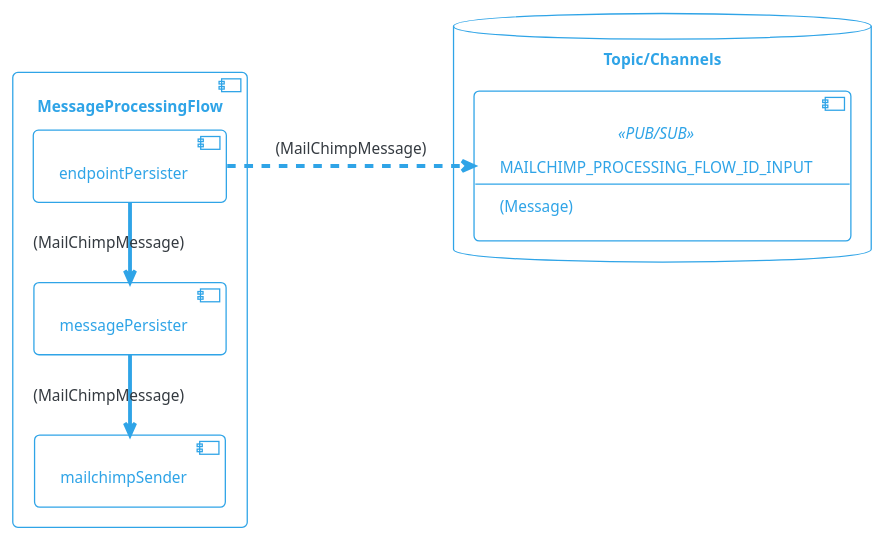
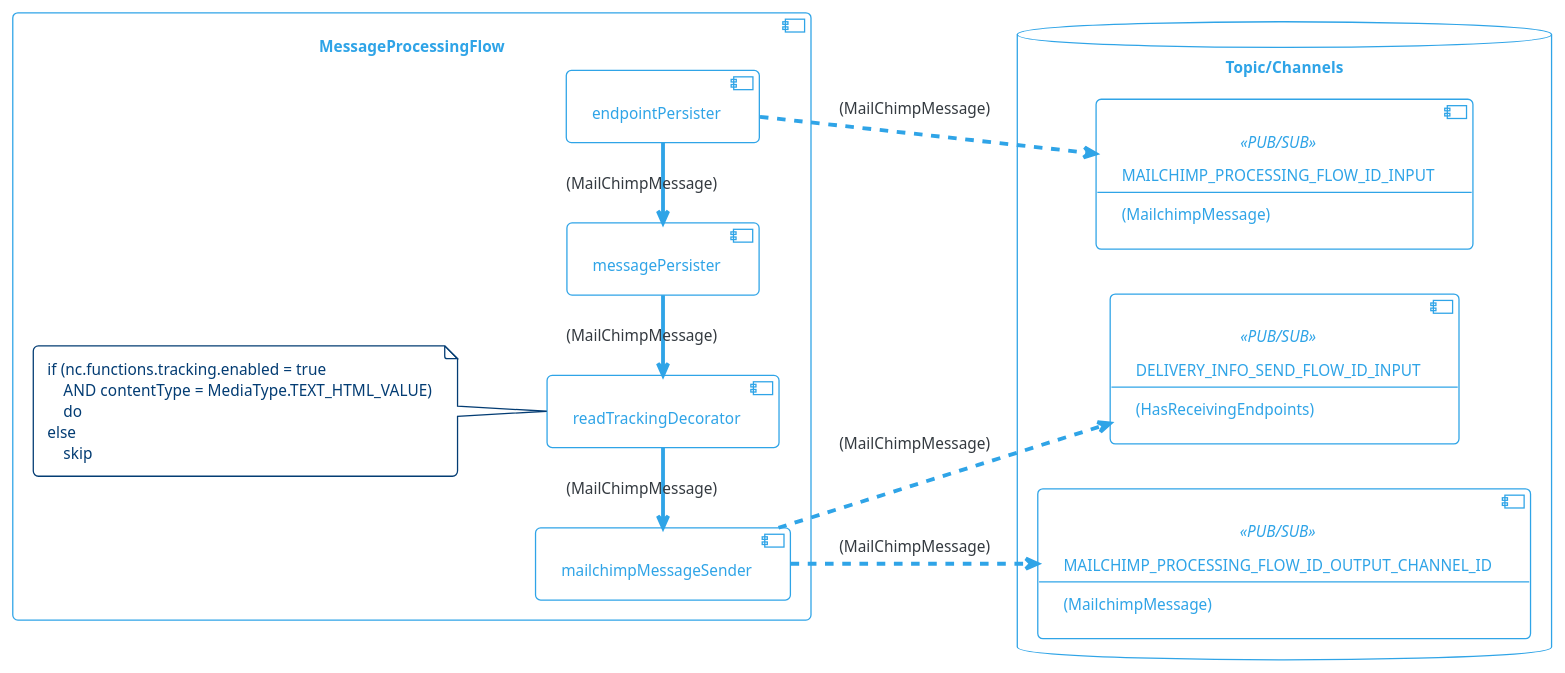
One commit to com-obj/notiflow changed the diagram in diagrams/src/mailchimp-processing-flow.puml. Above: the diagram before and after it, drawn with PlantUML. The commit also changed 50 other files, not shown here.

```diff
--- a/diagrams/src/mailchimp-processing-flow.puml
+++ b/diagrams/src/mailchimp-processing-flow.puml
@@ -1,34 +1,58 @@
 @startuml
 
 !theme cerulean-outline
 
 left to right direction
 
 skinparam backgroundcolor White
 skinparam component {
     backgroundColor<<user defined>> LightGray
 }
 
 
 database "Topic/Channels" {
     component MAILCHIMP_PROCESSING_FLOW_ID_INPUT<<PUB/SUB>>[
         MAILCHIMP_PROCESSING_FLOW_ID_INPUT
         --
-        (Message)
+        (MailchimpMessage)
+    ]
+    
+    component DELIVERY_INFO_SEND_FLOW_ID_INPUT<<PUB/SUB>>  [
+        DELIVERY_INFO_SEND_FLOW_ID_INPUT
+        --
+        (HasReceivingEndpoints)
+    ]
+    
+    component MAILCHIMP_PROCESSING_FLOW_ID_OUTPUT_CHANNEL_ID<<PUB/SUB>>[
+        MAILCHIMP_PROCESSING_FLOW_ID_OUTPUT_CHANNEL_ID
+        --
+        (MailchimpMessage)
     ]
 
 }
 
 component "MessageProcessingFlow" {
     [endpointPersister]
     [messagePersister]
-    [mailchimpSender]    
+    [readTrackingDecorator]
+    [mailchimpMessageSender]    
 
     endpointPersister -l-> messagePersister: (MailChimpMessage)
-    messagePersister -l-> mailchimpSender: (MailChimpMessage)
+    messagePersister -l-> readTrackingDecorator: (MailChimpMessage)
+    readTrackingDecorator -l-> mailchimpMessageSender: (MailChimpMessage)
+    mailchimpMessageSender ..> DELIVERY_INFO_SEND_FLOW_ID_INPUT: (MailChimpMessage)
+    mailchimpMessageSender ..> MAILCHIMP_PROCESSING_FLOW_ID_OUTPUT_CHANNEL_ID: (MailChimpMessage)
     endpointPersister ..> MAILCHIMP_PROCESSING_FLOW_ID_INPUT : (MailChimpMessage) 
+    
+    note left of readTrackingDecorator 
+        if (nc.functions.tracking.enabled = true 
+            AND contentType = MediaType.TEXT_HTML_VALUE)
+            do
+        else
+            skip      
+    end note 
 
 }
 
 
 @enduml
```
